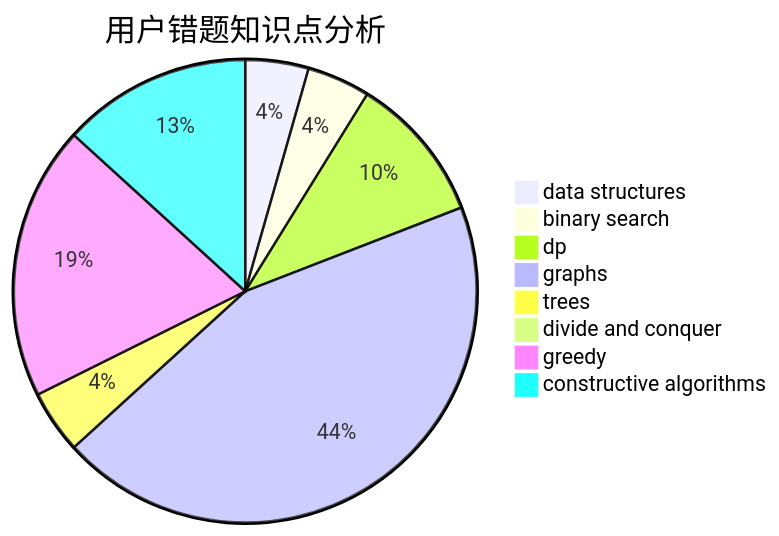
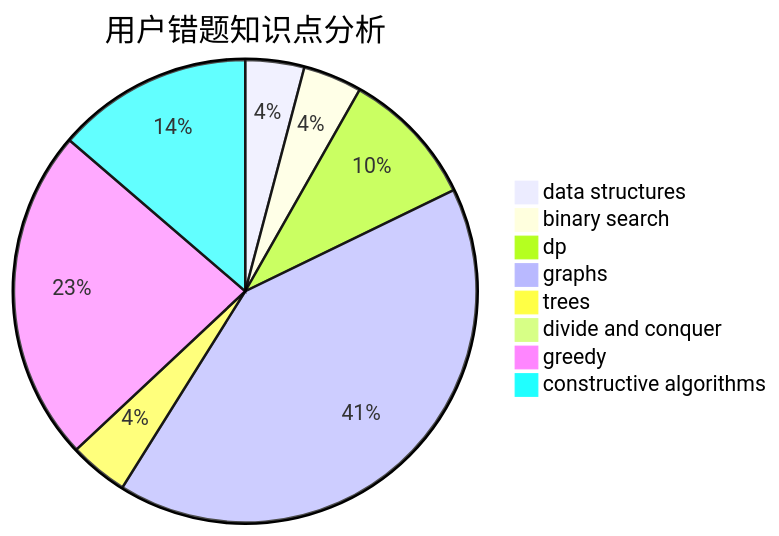
One commit to sherpahu/cfrs.github.io changed the third of 3 diagrams in docs/user/u1677.md. Above: the diagram before and after it, drawn with Mermaid. The commit also changed other lines of this file and 2770 other files, not shown here.

````diff
--- a/docs/user/u1677.md
+++ b/docs/user/u1677.md
@@ -36,11 +36,11 @@
 ```mermaid
 pie title 用户错题知识点分析
     "data structures" :  3
     "binary search" :  3
     "dp" :  7
     "graphs" :  30
     "trees" :  3
     "divide and conquer" :  0
-    "greedy" :  13
-    "constructive algorithms" :  9
+    "greedy" :  17
+    "constructive algorithms" :  10
 ```
````
